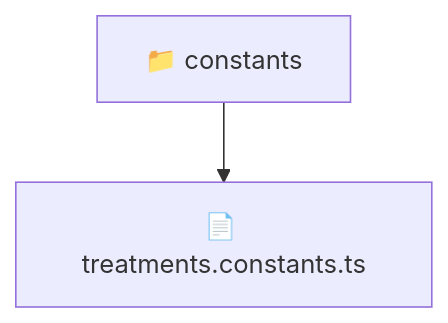
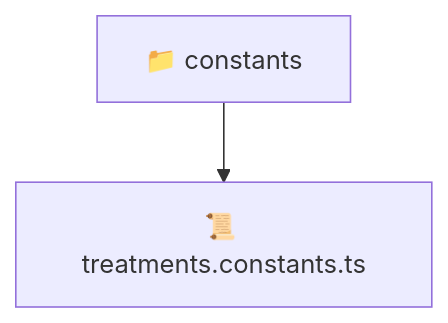
The diagram in frontend/src/entities/treatments/constants/README.md (beginwebdev2002/fullstack-mavluda), drawn with Mermaid before and after one commit. The commit also changed other lines of this file and 163 other files, not shown here.

````diff
--- a/frontend/src/entities/treatments/constants/README.md
+++ b/frontend/src/entities/treatments/constants/README.md
@@ -11,5 +11,5 @@
 ```mermaid
 graph TD
-  Root["📁 constants"]
-  Root --> treatments_constants_ts["📄 treatments.constants.ts"]
+  constants["📁 constants"]
+  constants --> treatments_constants_ts["📜 treatments.constants.ts"]
 ```
````
